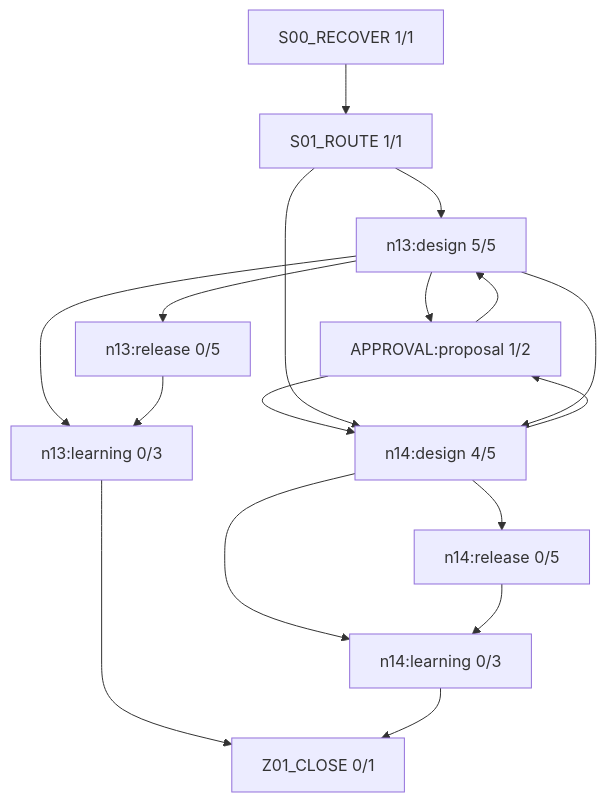
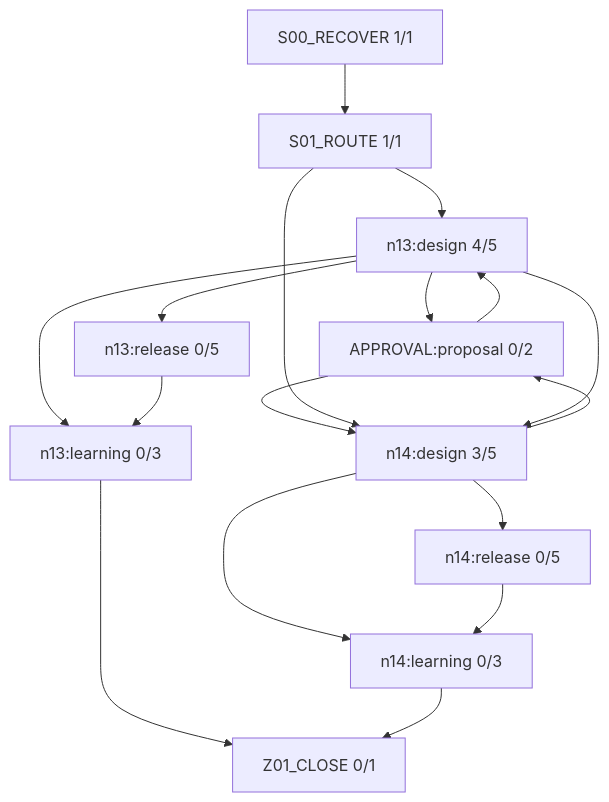
One commit to rrikunagasige-dot/kyotsu-step-web changed the diagram in work/items/W-MATH-048-n1314-source-audit/generated/FIRE_DIAGRAM.md. Above: the diagram before and after it, drawn with Mermaid. The commit also changed other lines of this file and 357 other files, not shown here.

````diff
--- a/work/items/W-MATH-048-n1314-source-audit/generated/FIRE_DIAGRAM.md
+++ b/work/items/W-MATH-048-n1314-source-audit/generated/FIRE_DIAGRAM.md
@@ -5,29 +5,29 @@
 ```mermaid
 flowchart TD
   N0["S00_RECOVER 1/1"]
   N1["S01_ROUTE 1/1"]
-  N2["n13:design 5/5"]
-  N3["APPROVAL:proposal 1/2"]
+  N2["n13:design 4/5"]
+  N3["APPROVAL:proposal 0/2"]
   N4["n13:release 0/5"]
-  N5["n14:design 4/5"]
+  N5["n14:design 3/5"]
   N6["n14:release 0/5"]
   N7["n13:learning 0/3"]
   N8["n14:learning 0/3"]
   N9["Z01_CLOSE 0/1"]
   N3 --> N2
   N3 --> N5
   N0 --> N1
   N1 --> N2
   N1 --> N5
   N2 --> N3
   N2 --> N7
   N2 --> N4
   N2 --> N5
   N7 --> N9
   N4 --> N7
   N5 --> N3
   N5 --> N8
   N5 --> N6
   N8 --> N9
   N6 --> N8
 ```
````
